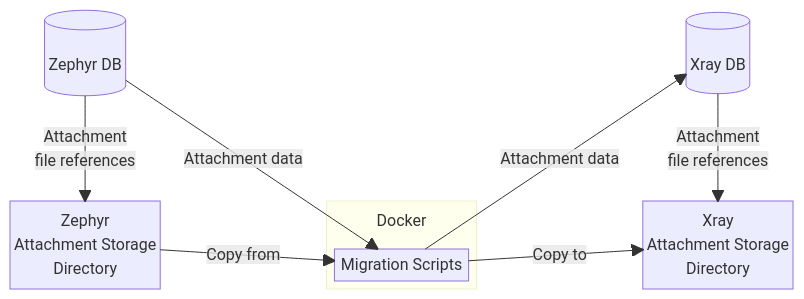
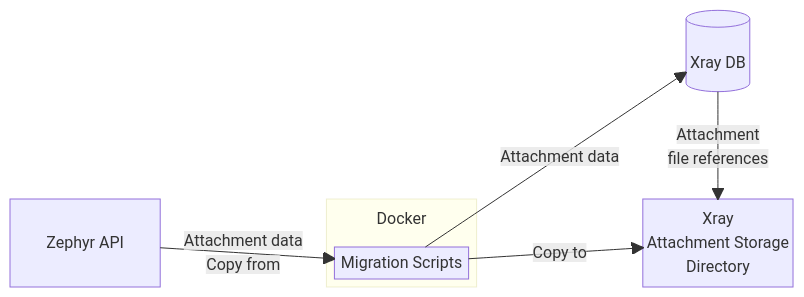
One commit to Xray-App/xray-zephyr-migration changed the second of 2 diagrams in README.md. Above: the diagram before and after it, drawn with Mermaid. The commit also changed other lines of this file and 1 other file, not shown here.

````diff
--- a/README.md
+++ b/README.md
@@ -64,31 +71,30 @@
 ```mermaid
 ---
 title: Attachment File Migration from Zephyr to Xray
 ---
 block-beta
 columns 5
+%% First row
+space:4
+xdb[("\nXray DB")]:1
+%% Second row
+space:5
+%% Third row
+zapi["Zephyr API"]:1
+space
 
-zdb[("\nZephyr DB")]:1
-space:3
-xdb[("\nXray DB")]:1
-space:5
-
-zs["Zephyr\nAttachment Storage\nDirectory"]
-space:1
 block:migd["Docker\n\n\n"]
     columns 1
     space
     migrate["Migration Scripts"]
 end
 space:1
 xs["Xray\nAttachment Storage\nDirectory"]
 
-zdb -- "Attachment\nfile references" --> zs
 xdb -- "Attachment\nfile references" --> xs
 
-zdb -- "Attachment data" --> migrate
 migrate -- "Attachment data" --> xdb
 
-zs -- "Copy from" --> migrate
+zapi -- "Attachment data\nCopy from" --> migrate
 migrate -- "Copy to" --> xs
 ```
````
